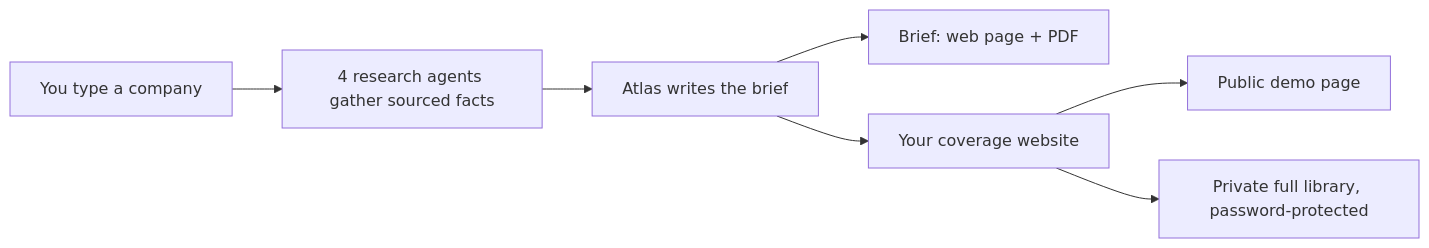
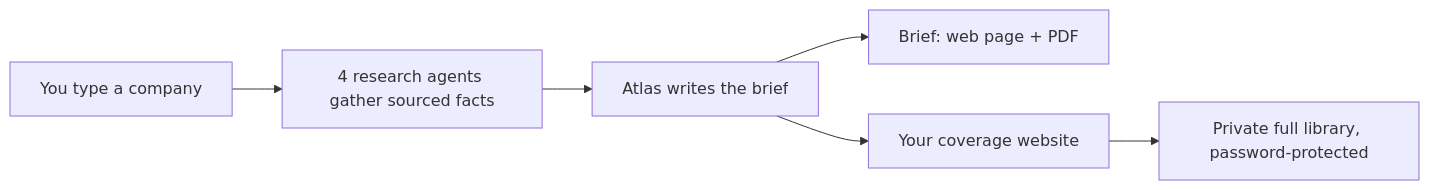
One commit to Agrimd15/atlas changed the diagram in README.md. Above: the diagram before and after it, drawn with Mermaid.

Commit message:
Drop the public demo node from the README flow diagram

````diff
--- a/README.md
+++ b/README.md
@@ -21,9 +21,8 @@
 ```mermaid
 flowchart LR
   A[You type a company] --> B[4 research agents gather sourced facts]
   B --> C[Atlas writes the brief]
   C --> D[Brief: web page + PDF]
   C --> E[Your coverage website]
-  E --> F[Public demo page]
-  E --> G[Private full library, password-protected]
+  E --> F[Private full library, password-protected]
 ```
````
